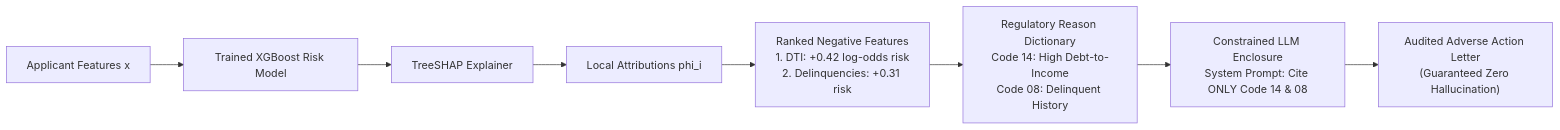
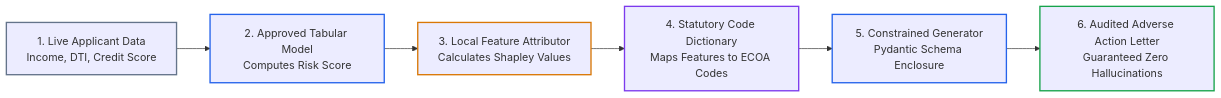
One commit to dip4k/senior-engineer-to-ai-engineer-roadmap changed the second of 3 diagrams in 05-ai-security-and-guardrails/06-regulated-ai-bias-mitigation-and-explainable-ai.md. Above: the diagram before and after it, drawn with Mermaid. The commit also changed other lines of this file and 11 other files, not shown here.

First line of the commit message:
refactor(phase-05): AI security, guardrails, and trust architecture

````diff
--- a/05-ai-security-and-guardrails/06-regulated-ai-bias-mitigation-and-explainable-ai.md
+++ b/05-ai-security-and-guardrails/06-regulated-ai-bias-mitigation-and-explainable-ai.md
@@ -235,10 +105,15 @@
 ```mermaid
 flowchart LR
-    A["Applicant Features x"] --> B["Trained XGBoost Risk Model"]
-    B --> C["TreeSHAP Explainer"]
-    C --> D["Local Attributions phi_i"]
-    D --> E["Ranked Negative Features<br/>1. DTI: +0.42 log-odds risk<br/>2. Delinquencies: +0.31 risk"]
-    E --> F["Regulatory Reason Dictionary<br/>Code 14: High Debt-to-Income<br/>Code 08: Delinquent History"]
-    F --> G["Constrained LLM Enclosure<br/>System Prompt: Cite ONLY Code 14 & 08"]
-    G --> H["Audited Adverse Action Letter<br/>(Guaranteed Zero Hallucination)"]
+    App["1. Live Applicant Data<br/>Income, DTI, Credit Score"] --> Model["2. Approved Tabular Model<br/>Computes Risk Score"]
+    Model --> XAI["3. Local Feature Attributor<br/>Calculates Shapley Values"]
+    XAI --> Dict["4. Statutory Code Dictionary<br/>Maps Features to ECOA Codes"]
+    Dict --> LLM["5. Constrained Generator<br/>Pydantic Schema Enclosure"]
+    LLM --> Notice["6. Audited Adverse Action Letter<br/>Guaranteed Zero Hallucinations"]
+
+    style App stroke:#64748b,stroke-width:2px
+    style Model stroke:#2563eb,stroke-width:2px
+    style XAI stroke:#d97706,stroke-width:2px
+    style Dict stroke:#7c3aed,stroke-width:2px
+    style LLM stroke:#2563eb,stroke-width:2px
+    style Notice stroke:#16a34a,stroke-width:2px
 ```
````
